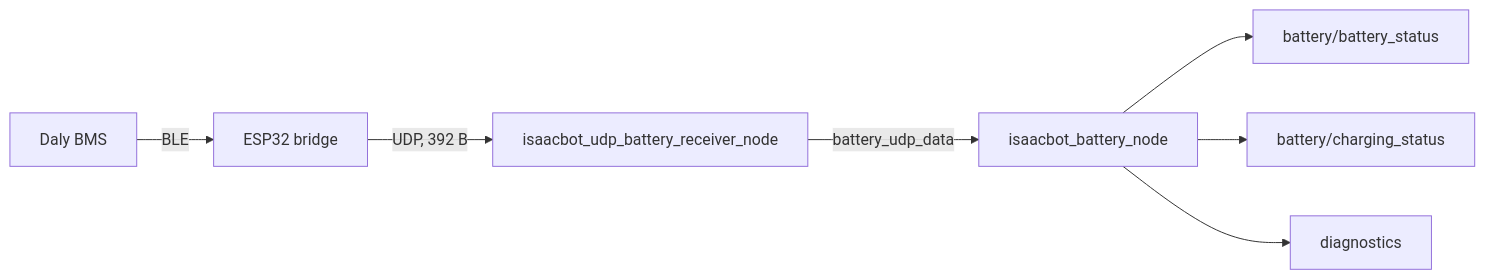
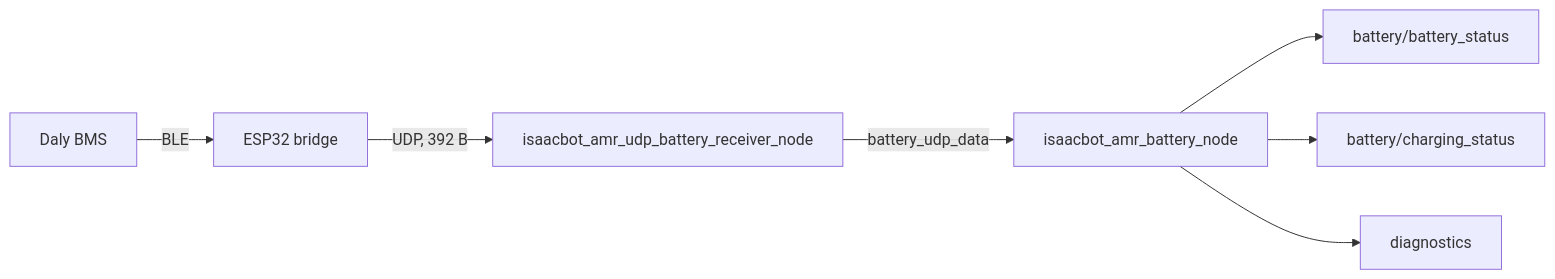
Before and after one commit to isaacbotsrl/isaacbot_amr_ros: the diagram in docs/hardware/power-and-battery.md, drawn with Mermaid. The commit also changed other lines of this file and 425 other files, not shown here.

First line of the commit message:
Rename all isaacbot_* names to isaacbot_amr_*

````diff
--- a/docs/hardware/power-and-battery.md
+++ b/docs/hardware/power-and-battery.md
@@ -43,9 +43,9 @@
 ```mermaid
 flowchart LR
     BMS["Daly BMS"] -->|BLE| ESP["ESP32 bridge"]
-    ESP -->|"UDP, 392 B"| RX["isaacbot_udp_battery_receiver_node"]
-    RX -->|battery_udp_data| BN["isaacbot_battery_node"]
+    ESP -->|"UDP, 392 B"| RX["isaacbot_amr_udp_battery_receiver_node"]
+    RX -->|battery_udp_data| BN["isaacbot_amr_battery_node"]
     BN --> T1["battery/battery_status"]
     BN --> T2["battery/charging_status"]
     BN --> T3["diagnostics"]
 ```
````
